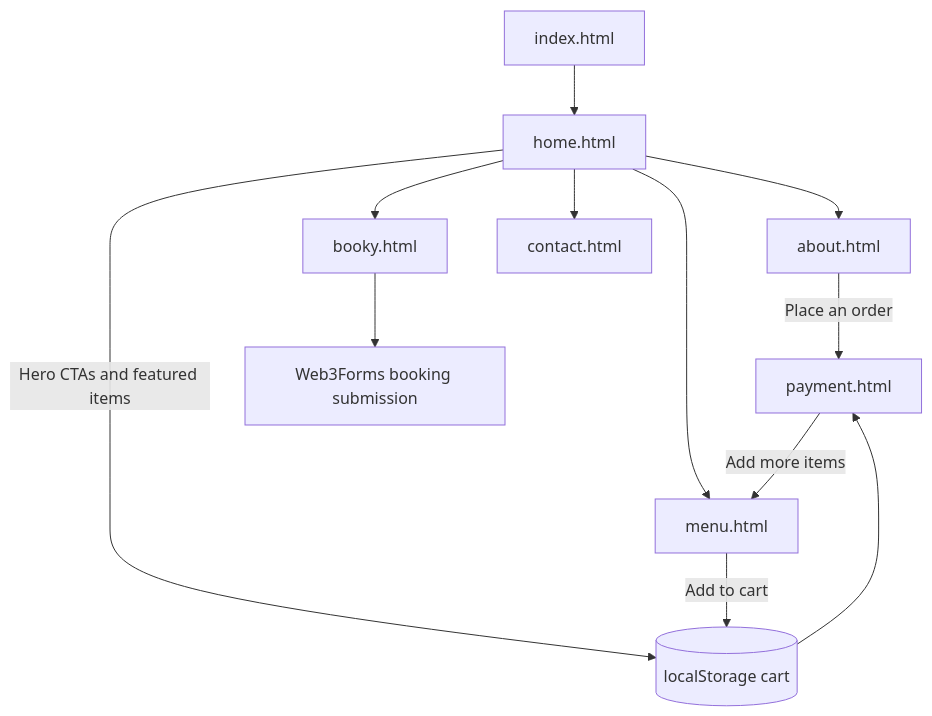
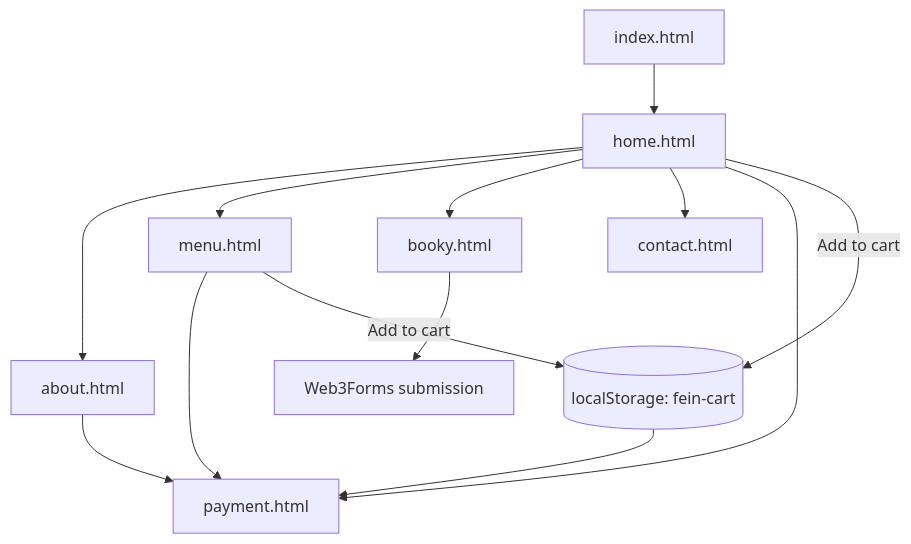
The diagram in README.md (Aayush-coder32/Fein-Restaurant-Website), drawn with Mermaid before and after one commit. The commit also changed other lines of this file, not shown here.

````diff
--- a/README.md
+++ b/README.md
@@ -30,14 +44,15 @@
 ```mermaid
 flowchart TD
     A[index.html] --> B[home.html]
     B --> C[about.html]
     B --> D[menu.html]
     B --> E[booky.html]
     B --> F[contact.html]
-    B -->|Hero CTAs and featured items| G[(localStorage cart)]
-    C -->|Place an order| H[payment.html]
-    D -->|Add to cart| G
-    G --> H
-    H -->|Add more items| D
-    E --> I[Web3Forms booking submission]
+    B --> G[payment.html]
+    D --> G
+    C --> G
+    B -->|Add to cart| H[(localStorage: fein-cart)]
+    D -->|Add to cart| H
+    H --> G
+    E --> I[Web3Forms submission]
 ```
````
